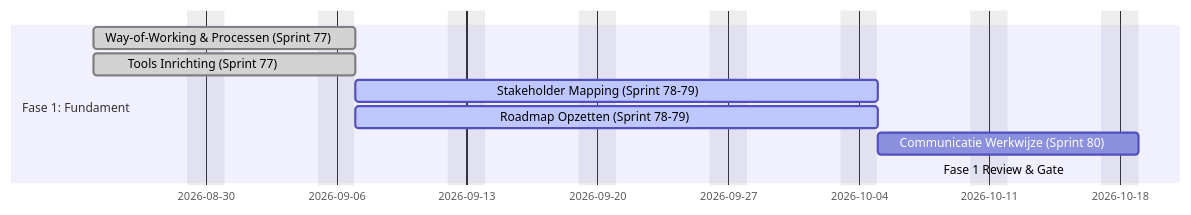
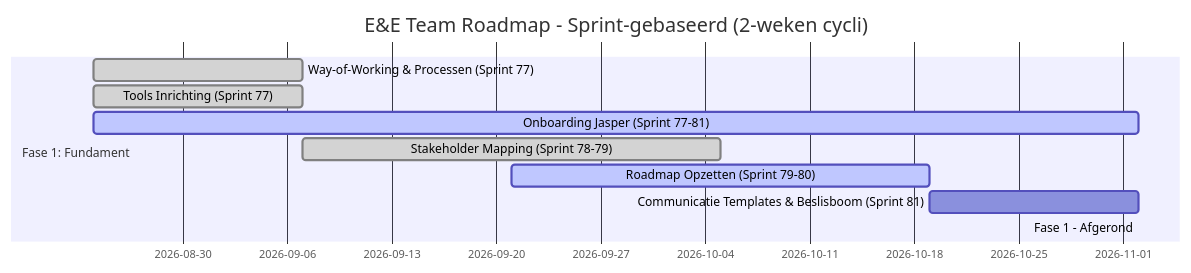
One commit to hbosscha-personal/enablement-engagement-roadmap changed the first of 6 diagrams in ROADMAP.md. Above: the diagram before and after it, drawn with Mermaid. The commit also changed other lines of this file, not shown here.

Commit message:
Roadmap update: onboarding Jasper, planning +1 sprint, Fase 4 Engagement, Fase 2-5 als concept met hoofdonderwerpen

````diff
--- a/ROADMAP.md
+++ b/ROADMAP.md
@@ -61,16 +13,23 @@
 ```mermaid
 gantt
-    dateFormat YYYY-MM-DD
-    excludes    weekends
-    weekend saturday
-    todayMarker stroke-width:3px,stroke:#0f0,opacity:0.5
-    
-    section Fase 1: Fundament
-    Way-of-Working & Processen (Sprint 77)    :done,      p1_wow,    2026-08-24, 2026-09-07
-    Tools Inrichting (Sprint 77)               :done,      p1_tools,  2026-08-24, 2026-09-07
-    Stakeholder Mapping (Sprint 78-79)            :active,    p1_stake,  2026-09-07, 2026-10-05
-    Roadmap Opzetten (Sprint 78-79)               :active,    p1_road,   2026-09-07, 2026-10-05
-    Communicatie Werkwijze (Sprint 80)    :p1_comm,   2026-10-05, 2026-10-19
-    Fase 1 Review & Gate                       :crit,      p1_gate,   2026-10-19, 2026-10-19
-    
+    title E&E Team Roadmap - Sprint-gebaseerd (2-weken cycli)
+    dateFormat YYYY-MM-DD
+    todayMarker stroke-width:3px,stroke:#0f0,opacity:0.5
+
+    section Fase 1: Fundament
+    Way-of-Working & Processen (Sprint 77)    :done,      p1_wow,    2026-08-24, 2026-09-07
+    Tools Inrichting (Sprint 77)              :done,      p1_tools,  2026-08-24, 2026-09-07
+    Onboarding Jasper (Sprint 77-81)          :active,    p1_onb,    2026-08-24, 2026-11-02
+    Stakeholder Mapping (Sprint 78-79)        :done,      p1_stake,  2026-09-07, 2026-10-05
+    Roadmap Opzetten (Sprint 79-80)           :active,    p1_road,   2026-09-21, 2026-10-19
+    Communicatie Templates & Beslisboom (Sprint 81)    :p1_comm,   2026-10-19, 2026-11-02
+    Fase 1 - Afgerond                         :crit,      p1_gate,   2026-11-02, 2026-11-02
+
+    section Fase 2: Efficiëntie
+
+    section Fase 3: Enablement
+
+    section Fase 4: Engagement
+
+    section Fase 5: AI & Automatisering
 ```
````
